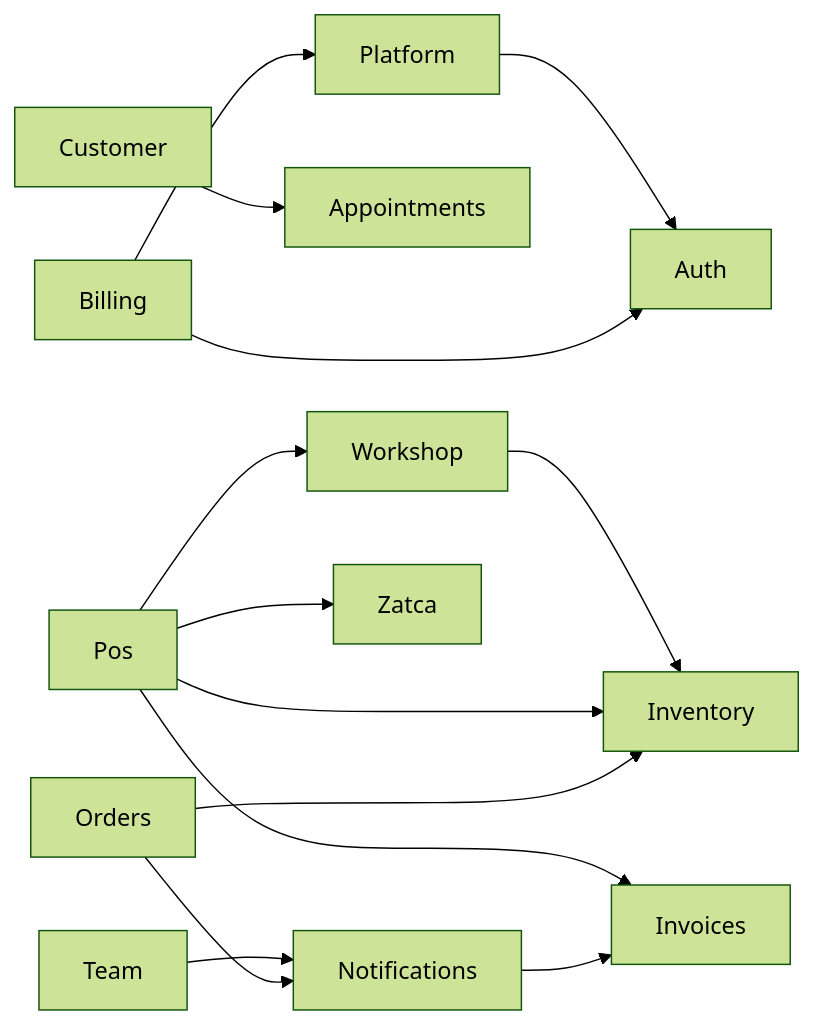
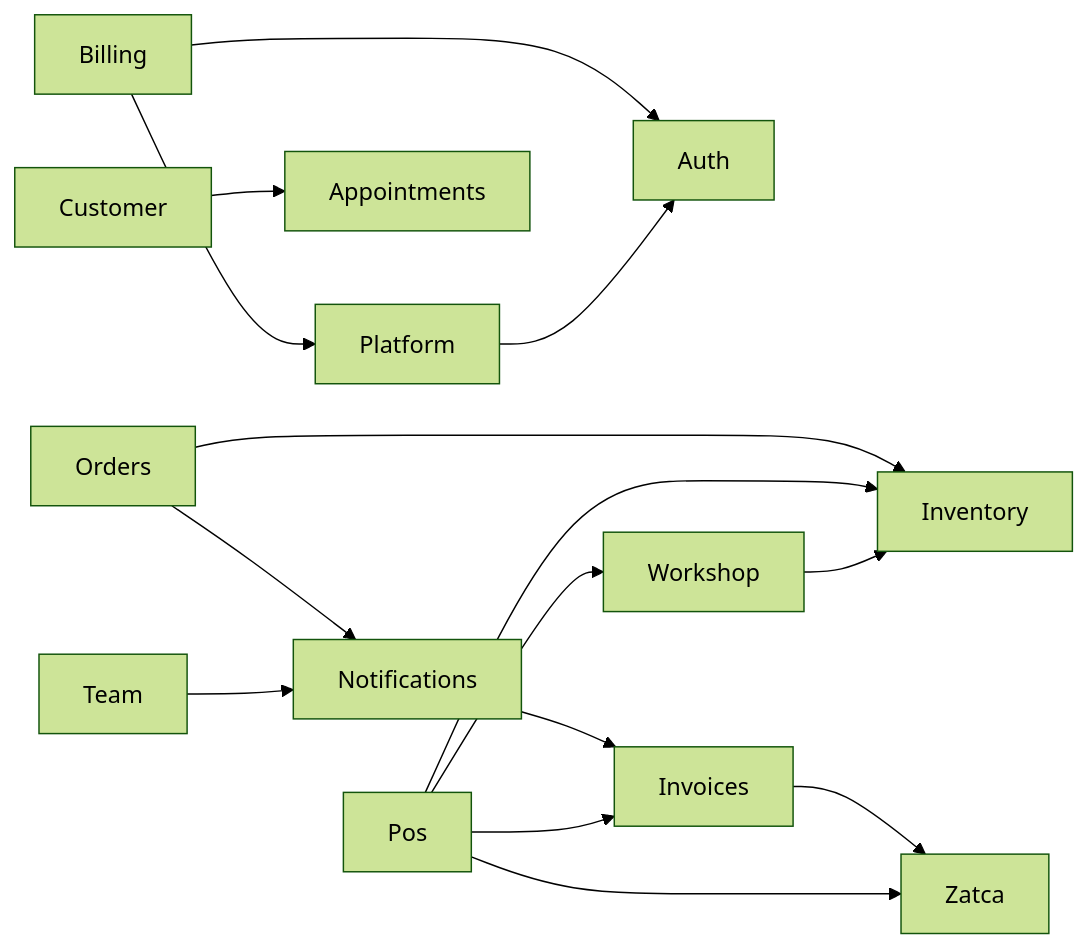
Before and after one commit to HMATorg/TailorERP: the diagram in docs/MEMORY-GRAPH.md, drawn with Mermaid (forest theme). The commit also changed other lines of this file and 15 other files, not shown here.

````diff
--- a/docs/MEMORY-GRAPH.md
+++ b/docs/MEMORY-GRAPH.md
@@ -23,16 +21,17 @@
 ```mermaid
 graph LR
   Billing --> Auth
   Billing --> Platform
   Customer --> Appointments
+  Invoices --> Zatca
   Notifications --> Invoices
   Orders --> Inventory
   Orders --> Notifications
   Platform --> Auth
   Pos --> Inventory
   Pos --> Invoices
   Pos --> Workshop
   Pos --> Zatca
   Team --> Notifications
   Workshop --> Inventory
 ```
````
